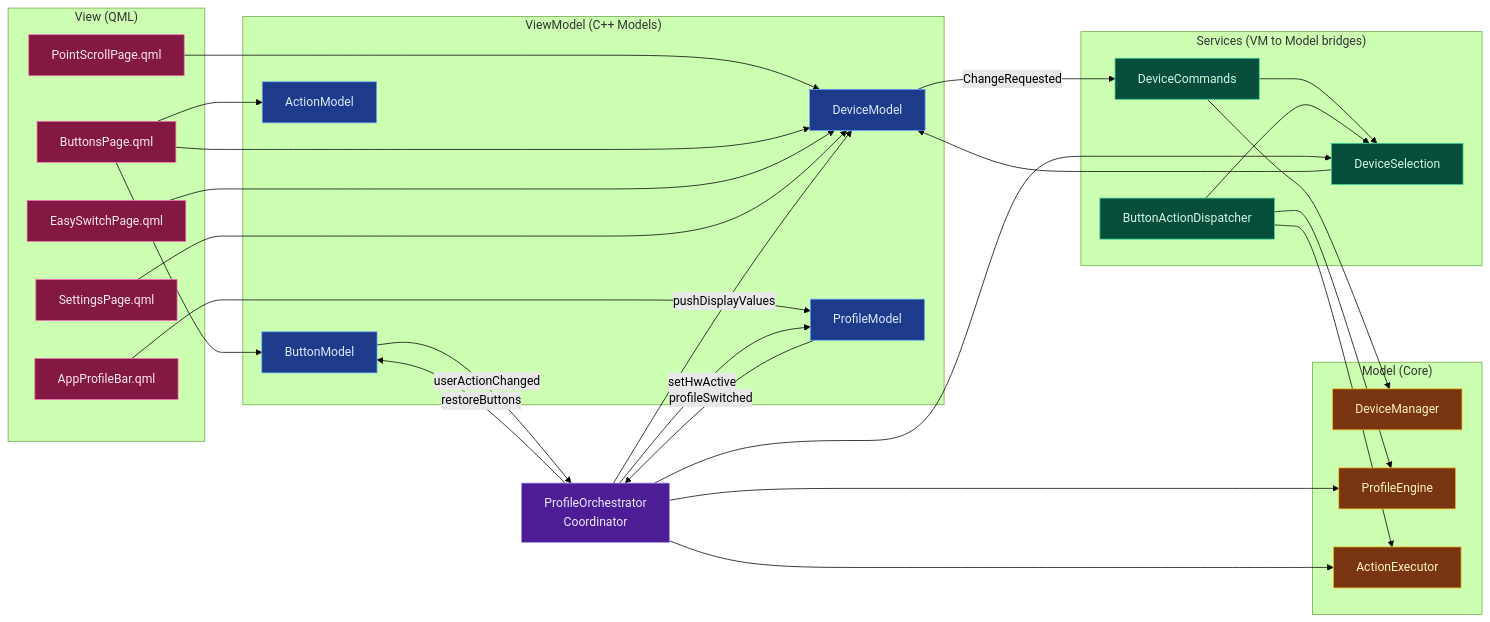
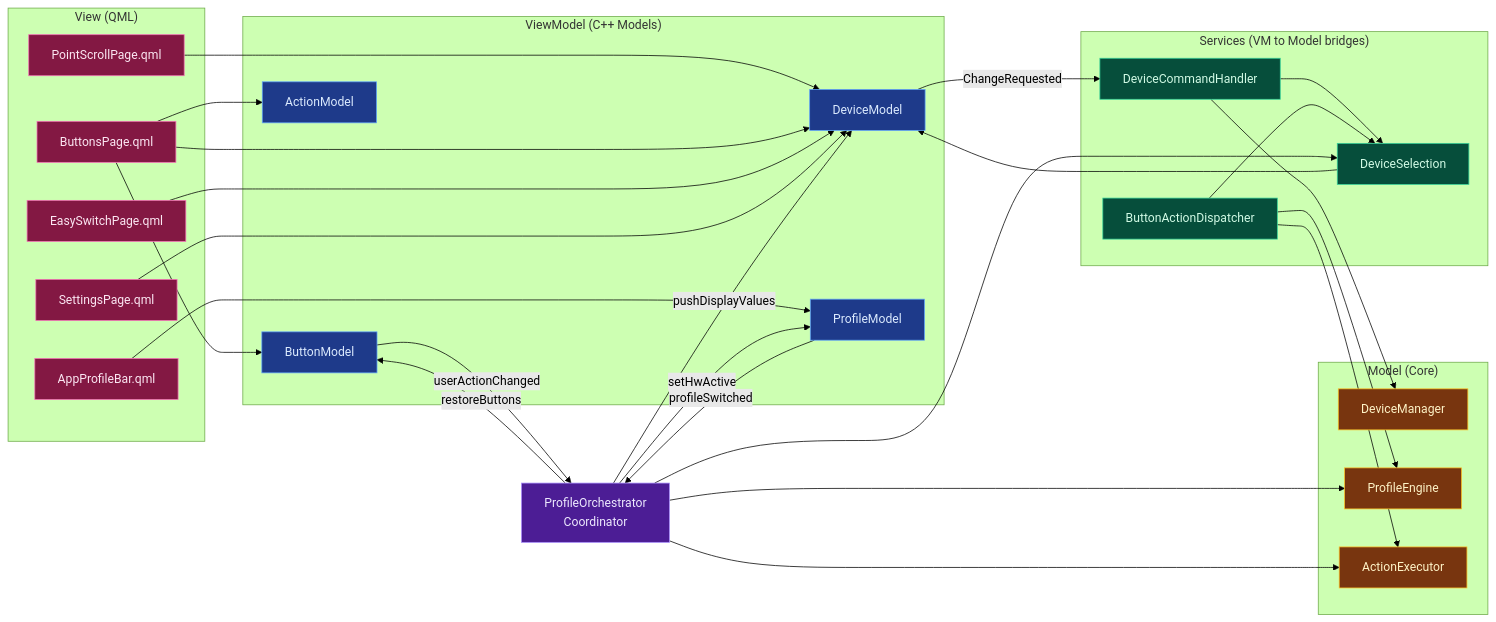
One commit to mmaher88/logitune changed the seventh of 15 diagrams in docs/wiki/Architecture.md. Above: the diagram before and after it, drawn with Mermaid (forest theme). The commit also changed other lines of this file and 14 other files, not shown here.

First line of the commit message:
refactor(app): rename DeviceCommands to DeviceCommandHandler

````diff
--- a/docs/wiki/Architecture.md
+++ b/docs/wiki/Architecture.md
@@ -369,69 +369,69 @@
 ```mermaid
 graph LR
     subgraph "View (QML)"
         PointScroll[PointScrollPage.qml]
         Buttons[ButtonsPage.qml]
         EasySwitch[EasySwitchPage.qml]
         Settings[SettingsPage.qml]
         ProfileBar[AppProfileBar.qml]
     end
 
     subgraph "ViewModel (C++ Models)"
         DM[DeviceModel]
         BM[ButtonModel]
         AM[ActionModel]
         PM[ProfileModel]
     end
 
     subgraph "Services (VM to Model bridges)"
         DSel[DeviceSelection]
-        DCmd[DeviceCommands]
+        DCmd[DeviceCommandHandler]
         BAD[ButtonActionDispatcher]
     end
 
     PO[ProfileOrchestrator<br/>Coordinator]
 
     subgraph "Model (Core)"
         DMgr[DeviceManager]
         PE[ProfileEngine]
         AE[ActionExecutor]
     end
 
     PointScroll --> DM
     Buttons --> BM
     Buttons --> AM
     Buttons --> DM
     EasySwitch --> DM
     Settings --> DM
     ProfileBar --> PM
 
     DM -->|ChangeRequested| DCmd
     BM -->|userActionChanged| PO
     PM -->|profileSwitched| PO
 
     DSel --> DM
     DCmd --> DSel
     DCmd --> DMgr
     BAD --> DSel
     BAD --> PE
     BAD --> AE
 
     PO --> DSel
     PO --> PE
     PO --> AE
     PO -->|pushDisplayValues| DM
     PO -->|restoreButtons| BM
     PO -->|setHwActive| PM
 
     classDef view fill:#831843,stroke:#f472b6,color:#fce7f3
     classDef vm fill:#1e3a8a,stroke:#60a5fa,color:#dbeafe
     classDef service fill:#064e3b,stroke:#34d399,color:#d1fae5
     classDef coord fill:#4c1d95,stroke:#a78bfa,color:#ede9fe
     classDef core fill:#78350f,stroke:#fbbf24,color:#fef3c7
 
     class PointScroll,Buttons,EasySwitch,Settings,ProfileBar view
     class DM,BM,AM,PM vm
     class DSel,DCmd,BAD service
     class PO coord
     class DMgr,PE,AE core
 ```
````
